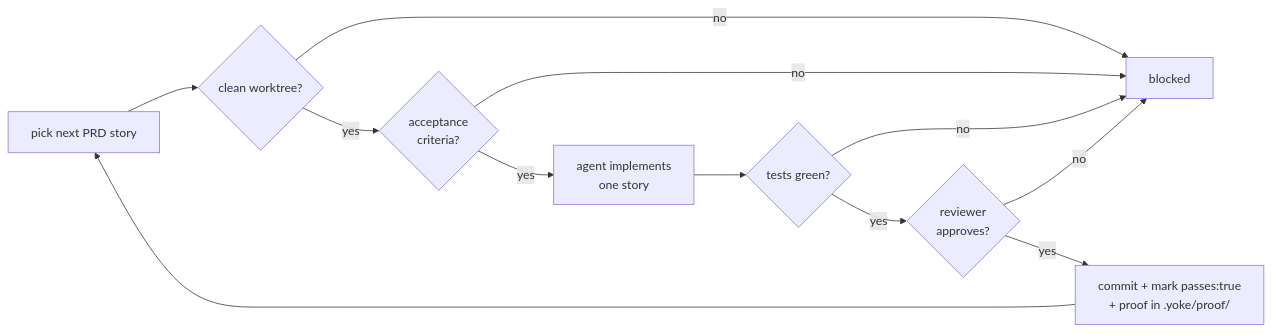
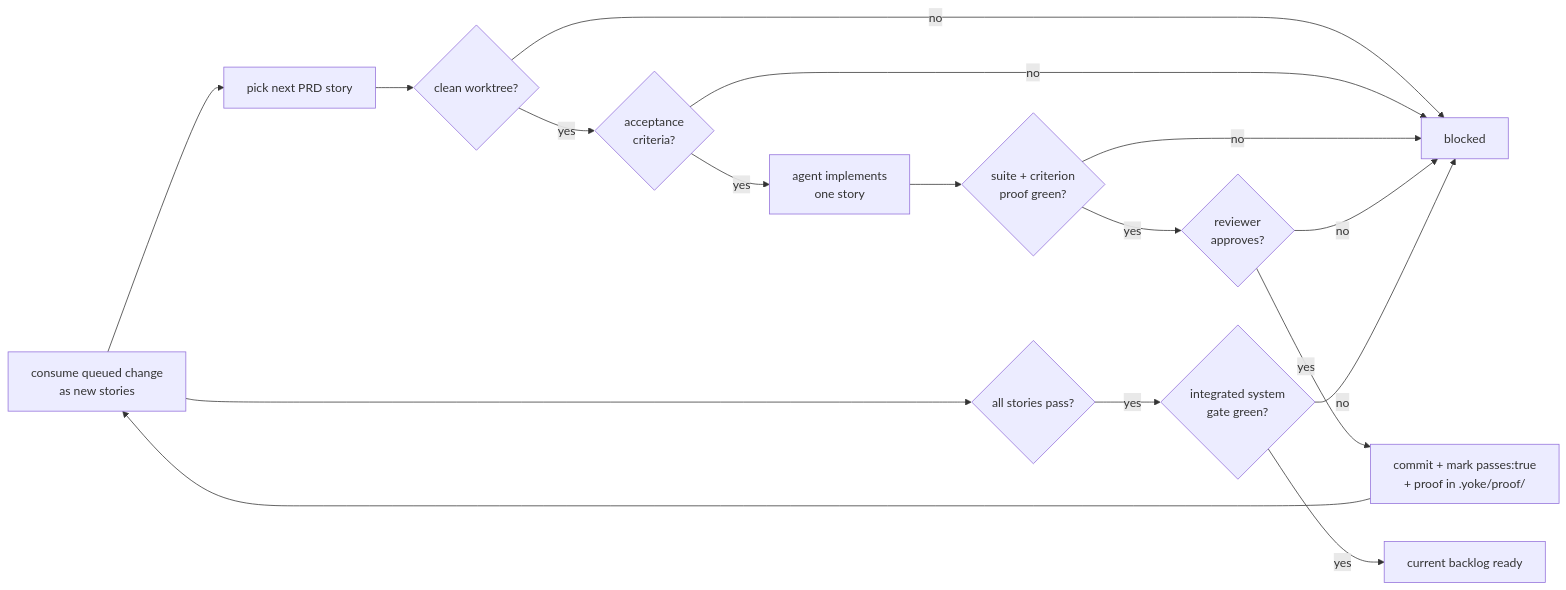
The second of 2 diagrams in README.md (HECer/yoke), drawn with Mermaid before and after one commit. The commit also changed other lines of this file and 7 other files, not shown here.

````diff
--- a/README.md
+++ b/README.md
@@ -311,14 +312,19 @@
 ```mermaid
 flowchart LR
-    A[pick next PRD story] --> B{clean worktree?}
+    I[consume queued change<br/>as new stories] --> A[pick next PRD story]
+    A --> B{clean worktree?}
     B -- no --> X[blocked]
     B -- yes --> C{acceptance<br/>criteria?}
     C -- no --> X
     C -- yes --> D[agent implements<br/>one story]
-    D --> E{tests green?}
+    D --> E{suite + criterion<br/>proof green?}
     E -- no --> X
     E -- yes --> F{reviewer<br/>approves?}
     F -- no --> X
     F -- yes --> G[commit + mark passes:true<br/>+ proof in .yoke/proof/]
-    G --> A
+    G --> I
+    I --> H{all stories pass?}
+    H -- yes --> J{integrated system<br/>gate green?}
+    J -- no --> X
+    J -- yes --> K[current backlog ready]
 ```
````
